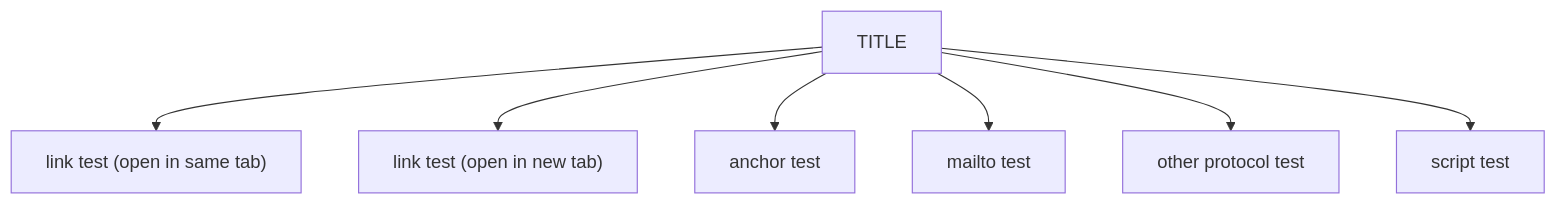
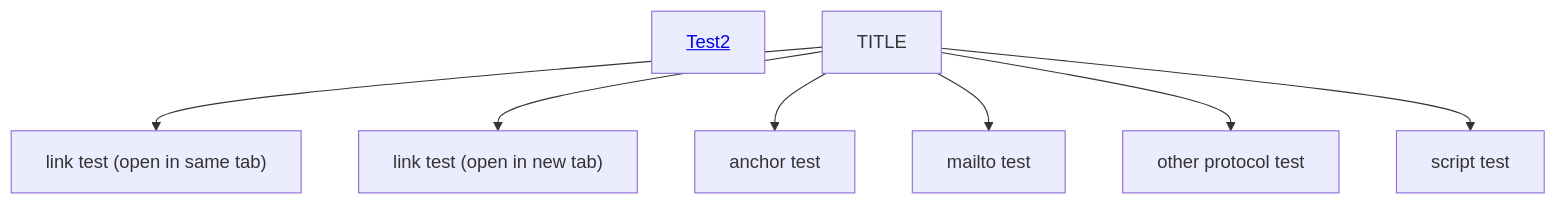
One commit to Yuya-Takishima/Test changed the second of 2 diagrams in README.md. Above: the diagram before and after it, drawn with Mermaid.

Commit message:
あ

````diff
--- a/README.md
+++ b/README.md
@@ -38,17 +38,18 @@
 ```mermaid
   flowchart TD;
+      H[<a href='#test2'>Test2</a>]
       A["link test (open in same tab)"]
       B["link test (open in new tab)"]
       C[anchor test]
       D[mailto test]
       E[other protocol test]
       F[script test]
       TITLE --> A & B & C & D & E & F
       click A "https://mermaid-js.github.io/mermaid/#/" _self
       click B "https://mermaid-js.github.io/mermaid/#/" _self
       click C "#test2" _self
       click D "mailto:user@user.user" "mailto test"
       click E "notes://do-your-thing/id" "other protocol test"
       click F "javascript:alert('test')" "script test"
 
 ```
````
